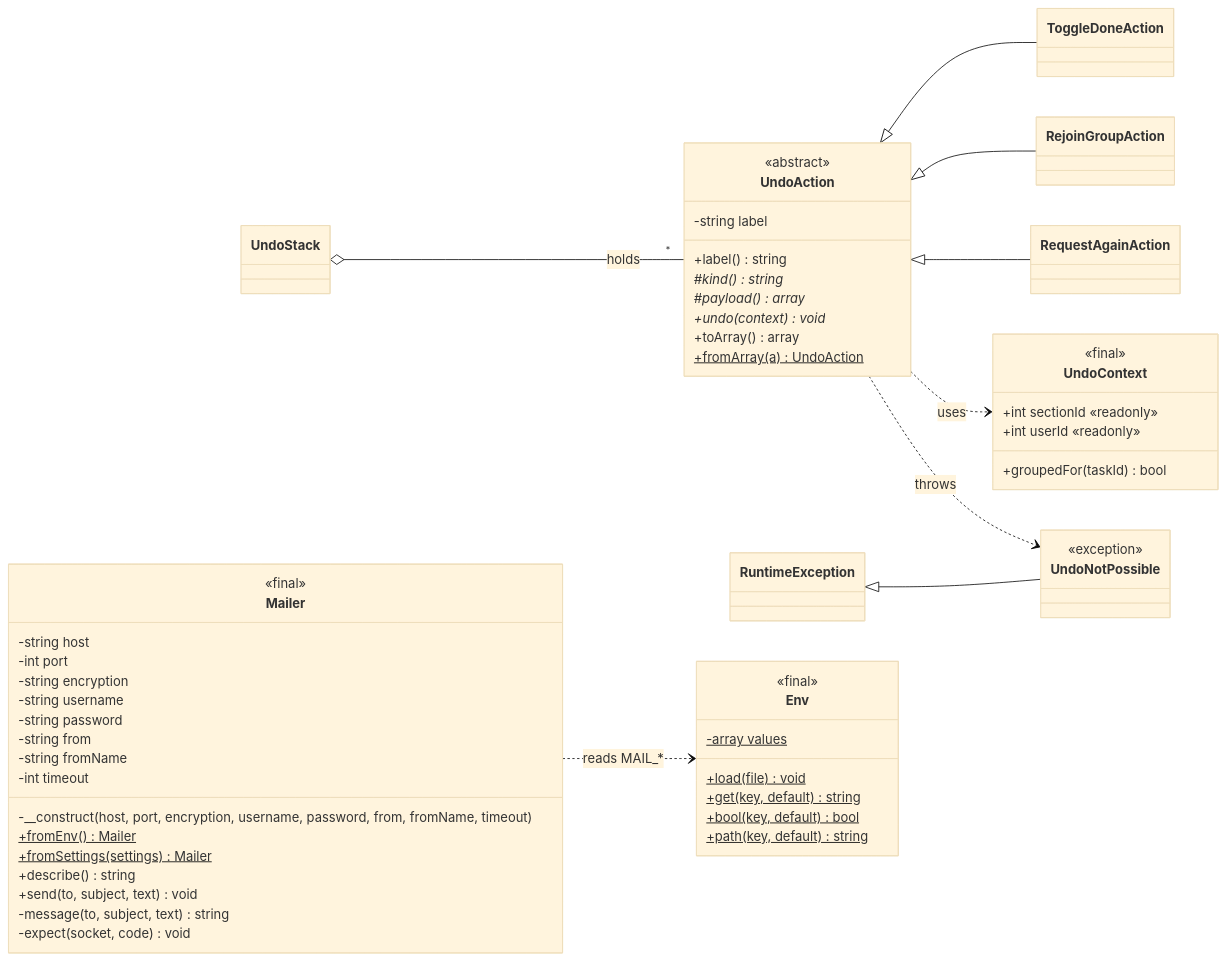
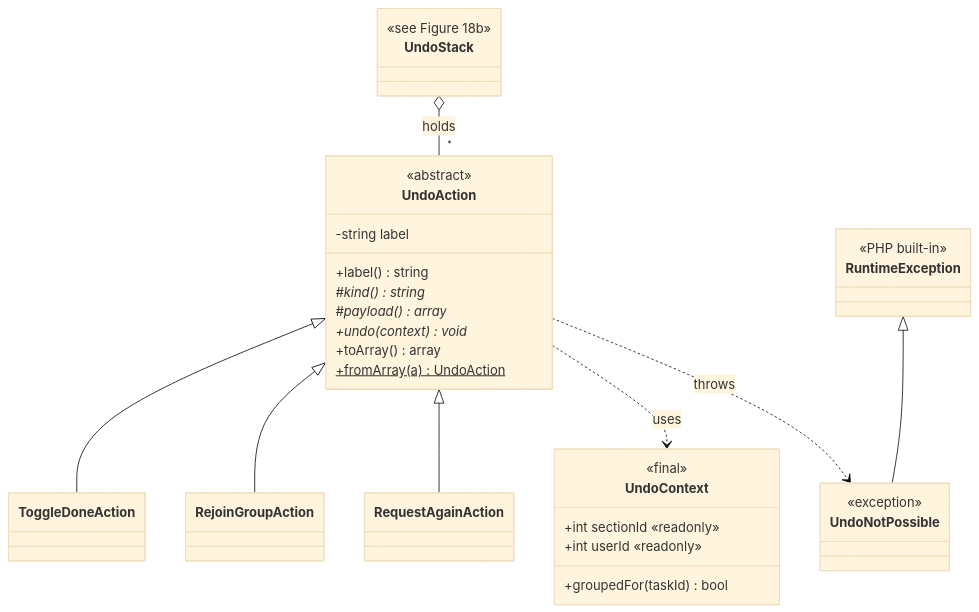
Before and after one commit to rcldvmnl/AcadSync: diagram 20 of 25 in docs/CLASS_DIAGRAM.md, drawn with Mermaid (base theme). The commit also changed other lines of this file and 2 other files, not shown here.

Commit message:
class diagram

````diff
--- a/docs/CLASS_DIAGRAM.md
+++ b/docs/CLASS_DIAGRAM.md
@@ -554,61 +840,39 @@
 ```mermaid
 classDiagram
-    direction LR
+    direction TB
+    class UndoStack {
+        <<see Figure 18b>>
+    }
     class UndoAction {
         <<abstract>>
         -string label
         +label() string
         #kind()* string
         #payload()* array
         +undo(context)* void
         +toArray() array
         +fromArray(a)$ UndoAction
     }
     class ToggleDoneAction
     class RejoinGroupAction
     class RequestAgainAction
     class UndoContext {
         <<final>>
         +int sectionId «readonly»
         +int userId «readonly»
         +groupedFor(taskId) bool
     }
+    class RuntimeException {
+        <<PHP built-in>>
+    }
+    class UndoNotPossible {
+        <<exception>>
+    }
+    UndoStack o-- "*" UndoAction : holds
     UndoAction <|-- ToggleDoneAction
     UndoAction <|-- RejoinGroupAction
     UndoAction <|-- RequestAgainAction
     UndoAction ..> UndoContext : uses
-    UndoStack o-- "*" UndoAction : holds
-    class UndoNotPossible {
-        <<exception>>
-    }
+    UndoAction ..> UndoNotPossible : throws
     RuntimeException <|-- UndoNotPossible
-    UndoAction ..> UndoNotPossible : throws
-
-    class Env {
-        <<final>>
-        -array values$
-        +load(file)$ void
-        +get(key, default)$ string
-        +bool(key, default)$ bool
-        +path(key, default)$ string
-    }
-    class Mailer {
-        <<final>>
-        -string host
-        -int port
-        -string encryption
-        -string username
-        -string password
-        -string from
-        -string fromName
-        -int timeout
-        -__construct(host, port, encryption, username, password, from, fromName, timeout)
-        +fromEnv()$ Mailer
-        +fromSettings(settings)$ Mailer
-        +describe() string
-        +send(to, subject, text) void
-        -message(to, subject, text) string
-        -expect(socket, code) void
-    }
-    Mailer ..> Env : reads MAIL_*
 ```
````
